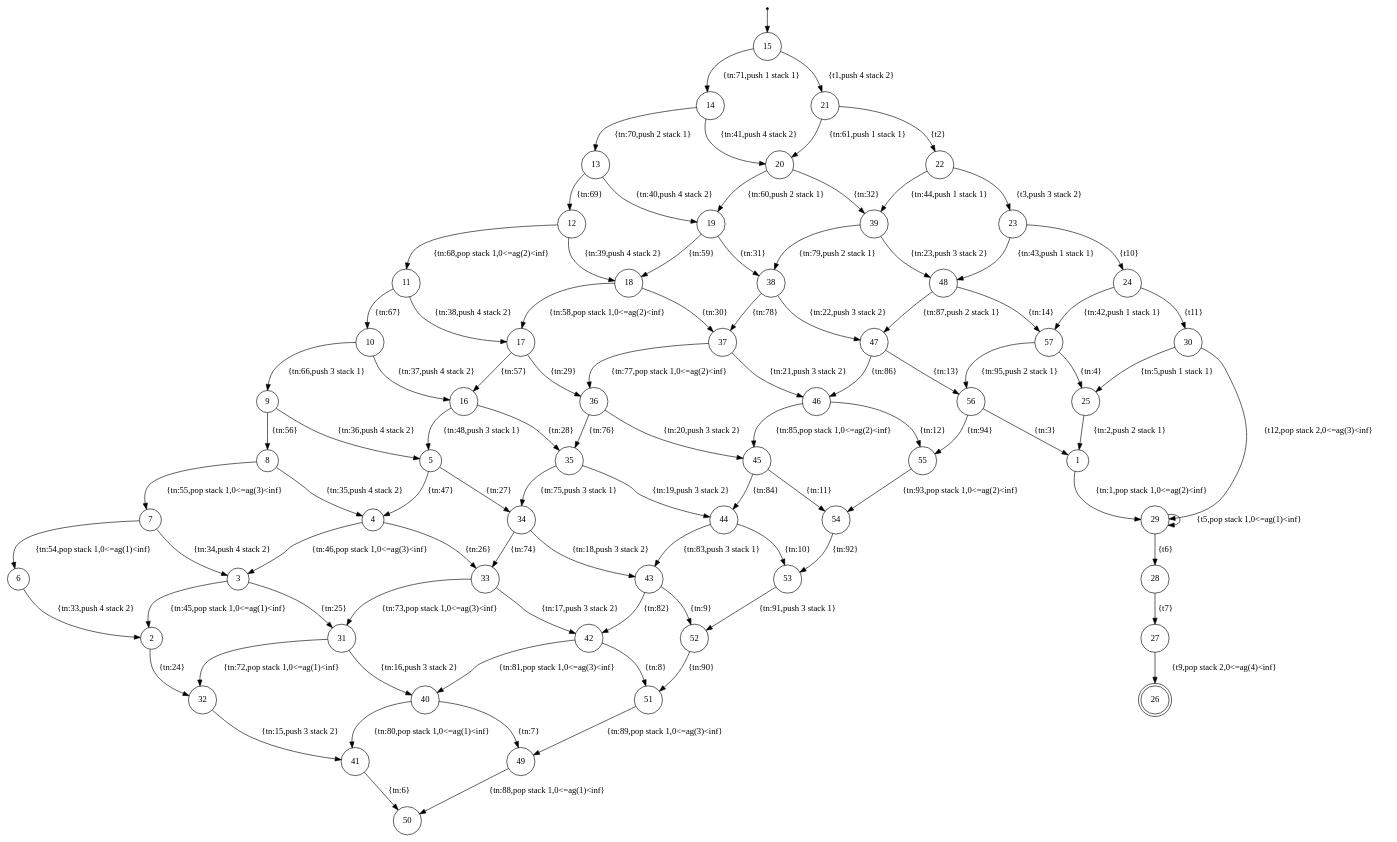
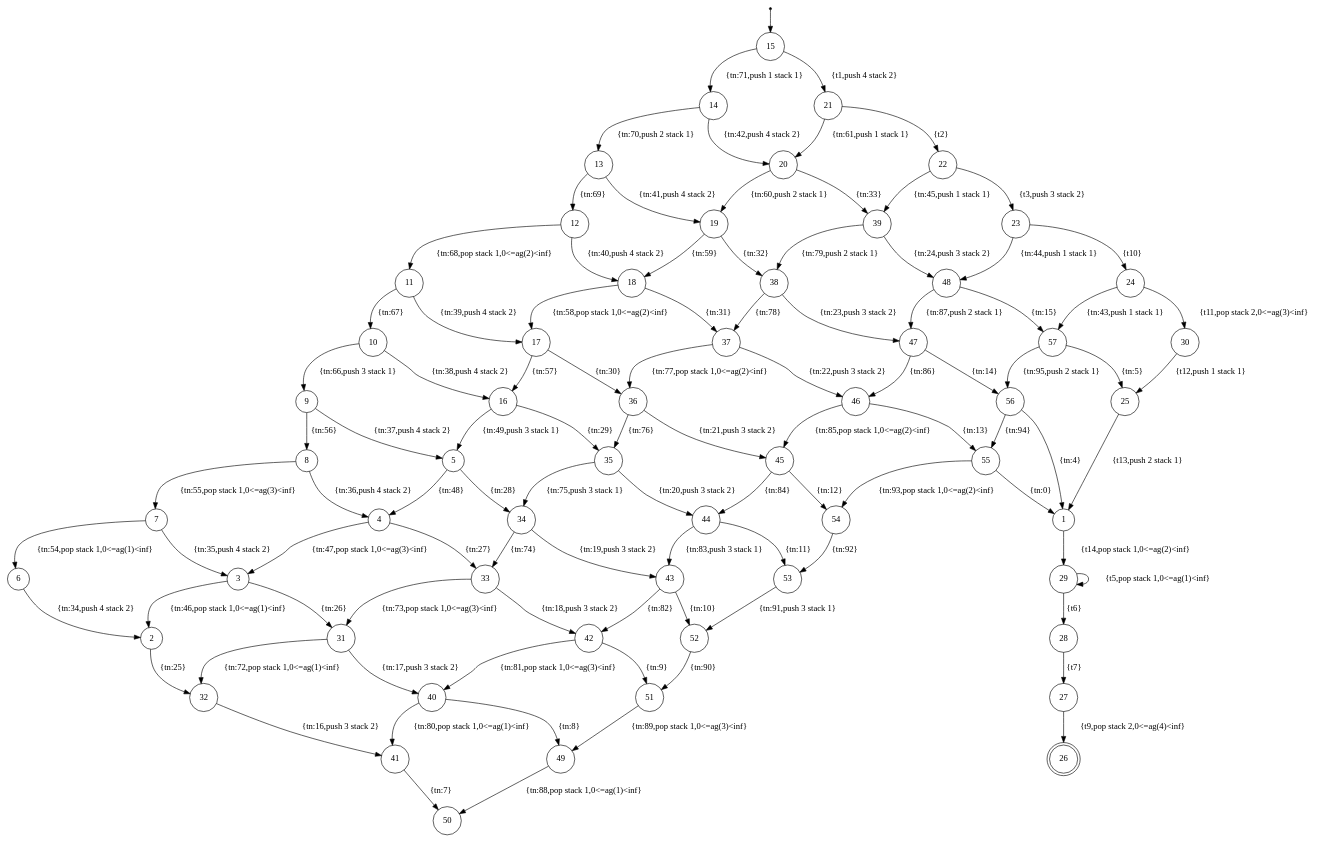
The diagram in Benchmarks in Paper/unTimed/Bluetooth/Bluetooth.xml.dot (Sparsa/bhim), drawn with Graphviz before and after one commit. The commit also changed 3 other files, not shown here.

```diff
--- a/Benchmarks in Paper/unTimed/Bluetooth/Bluetooth.xml.dot
+++ b/Benchmarks in Paper/unTimed/Bluetooth/Bluetooth.xml.dot
@@ -1,102 +1,102 @@
 digraph finite_state_machine {
 	node [shape = point ]; qi0;
 	node [shape = doublecircle];26;
 	node [shape=circle];
 	qi0 -> 15;
+	55 -> 1 [ label = "{tn:0}" ];
 	29 -> 29 [ label = "{t5,pop stack 1,0<=ag(1)<inf}" ];
-	1 -> 29 [ label = "{tn:1,pop stack 1,0<=ag(2)<inf}" ];
-	25 -> 1 [ label = "{tn:2,push 2 stack 1}" ];
-	56 -> 1 [ label = "{tn:3}" ];
-	57 -> 25 [ label = "{tn:4}" ];
-	30 -> 25 [ label = "{tn:5,push 1 stack 1}" ];
-	41 -> 50 [ label = "{tn:6}" ];
-	40 -> 49 [ label = "{tn:7}" ];
-	42 -> 51 [ label = "{tn:8}" ];
-	43 -> 52 [ label = "{tn:9}" ];
-	44 -> 53 [ label = "{tn:10}" ];
-	45 -> 54 [ label = "{tn:11}" ];
-	46 -> 55 [ label = "{tn:12}" ];
-	47 -> 56 [ label = "{tn:13}" ];
-	48 -> 57 [ label = "{tn:14}" ];
-	32 -> 41 [ label = "{tn:15,push 3 stack 2}" ];
-	31 -> 40 [ label = "{tn:16,push 3 stack 2}" ];
-	33 -> 42 [ label = "{tn:17,push 3 stack 2}" ];
-	34 -> 43 [ label = "{tn:18,push 3 stack 2}" ];
-	35 -> 44 [ label = "{tn:19,push 3 stack 2}" ];
-	36 -> 45 [ label = "{tn:20,push 3 stack 2}" ];
-	37 -> 46 [ label = "{tn:21,push 3 stack 2}" ];
-	38 -> 47 [ label = "{tn:22,push 3 stack 2}" ];
-	39 -> 48 [ label = "{tn:23,push 3 stack 2}" ];
-	2 -> 32 [ label = "{tn:24}" ];
-	3 -> 31 [ label = "{tn:25}" ];
-	4 -> 33 [ label = "{tn:26}" ];
-	5 -> 34 [ label = "{tn:27}" ];
-	16 -> 35 [ label = "{tn:28}" ];
-	17 -> 36 [ label = "{tn:29}" ];
-	18 -> 37 [ label = "{tn:30}" ];
-	19 -> 38 [ label = "{tn:31}" ];
-	20 -> 39 [ label = "{tn:32}" ];
-	6 -> 2 [ label = "{tn:33,push 4 stack 2}" ];
-	7 -> 3 [ label = "{tn:34,push 4 stack 2}" ];
-	8 -> 4 [ label = "{tn:35,push 4 stack 2}" ];
-	9 -> 5 [ label = "{tn:36,push 4 stack 2}" ];
-	10 -> 16 [ label = "{tn:37,push 4 stack 2}" ];
-	11 -> 17 [ label = "{tn:38,push 4 stack 2}" ];
-	12 -> 18 [ label = "{tn:39,push 4 stack 2}" ];
-	13 -> 19 [ label = "{tn:40,push 4 stack 2}" ];
-	14 -> 20 [ label = "{tn:41,push 4 stack 2}" ];
-	24 -> 57 [ label = "{tn:42,push 1 stack 1}" ];
-	23 -> 48 [ label = "{tn:43,push 1 stack 1}" ];
-	22 -> 39 [ label = "{tn:44,push 1 stack 1}" ];
-	3 -> 2 [ label = "{tn:45,pop stack 1,0<=ag(1)<inf}" ];
-	4 -> 3 [ label = "{tn:46,pop stack 1,0<=ag(3)<inf}" ];
-	5 -> 4 [ label = "{tn:47}" ];
-	16 -> 5 [ label = "{tn:48,push 3 stack 1}" ];
+	1 -> 29 [ label = "{t14,pop stack 1,0<=ag(2)<inf}" ];
+	25 -> 1 [ label = "{t13,push 2 stack 1}" ];
+	56 -> 1 [ label = "{tn:4}" ];
+	57 -> 25 [ label = "{tn:5}" ];
+	30 -> 25 [ label = "{t12,push 1 stack 1}" ];
+	41 -> 50 [ label = "{tn:7}" ];
+	40 -> 49 [ label = "{tn:8}" ];
+	42 -> 51 [ label = "{tn:9}" ];
+	43 -> 52 [ label = "{tn:10}" ];
+	44 -> 53 [ label = "{tn:11}" ];
+	45 -> 54 [ label = "{tn:12}" ];
+	46 -> 55 [ label = "{tn:13}" ];
+	47 -> 56 [ label = "{tn:14}" ];
+	48 -> 57 [ label = "{tn:15}" ];
+	32 -> 41 [ label = "{tn:16,push 3 stack 2}" ];
+	31 -> 40 [ label = "{tn:17,push 3 stack 2}" ];
+	33 -> 42 [ label = "{tn:18,push 3 stack 2}" ];
+	34 -> 43 [ label = "{tn:19,push 3 stack 2}" ];
+	35 -> 44 [ label = "{tn:20,push 3 stack 2}" ];
+	36 -> 45 [ label = "{tn:21,push 3 stack 2}" ];
+	37 -> 46 [ label = "{tn:22,push 3 stack 2}" ];
+	38 -> 47 [ label = "{tn:23,push 3 stack 2}" ];
+	39 -> 48 [ label = "{tn:24,push 3 stack 2}" ];
+	2 -> 32 [ label = "{tn:25}" ];
+	3 -> 31 [ label = "{tn:26}" ];
+	4 -> 33 [ label = "{tn:27}" ];
+	5 -> 34 [ label = "{tn:28}" ];
+	16 -> 35 [ label = "{tn:29}" ];
+	17 -> 36 [ label = "{tn:30}" ];
+	18 -> 37 [ label = "{tn:31}" ];
+	19 -> 38 [ label = "{tn:32}" ];
+	20 -> 39 [ label = "{tn:33}" ];
+	6 -> 2 [ label = "{tn:34,push 4 stack 2}" ];
+	7 -> 3 [ label = "{tn:35,push 4 stack 2}" ];
+	8 -> 4 [ label = "{tn:36,push 4 stack 2}" ];
+	9 -> 5 [ label = "{tn:37,push 4 stack 2}" ];
+	10 -> 16 [ label = "{tn:38,push 4 stack 2}" ];
+	11 -> 17 [ label = "{tn:39,push 4 stack 2}" ];
+	12 -> 18 [ label = "{tn:40,push 4 stack 2}" ];
+	13 -> 19 [ label = "{tn:41,push 4 stack 2}" ];
+	14 -> 20 [ label = "{tn:42,push 4 stack 2}" ];
+	24 -> 57 [ label = "{tn:43,push 1 stack 1}" ];
+	23 -> 48 [ label = "{tn:44,push 1 stack 1}" ];
+	22 -> 39 [ label = "{tn:45,push 1 stack 1}" ];
+	3 -> 2 [ label = "{tn:46,pop stack 1,0<=ag(1)<inf}" ];
+	4 -> 3 [ label = "{tn:47,pop stack 1,0<=ag(3)<inf}" ];
+	5 -> 4 [ label = "{tn:48}" ];
+	16 -> 5 [ label = "{tn:49,push 3 stack 1}" ];
 	27 -> 26 [ label = "{t9,pop stack 2,0<=ag(4)<inf}" ];
 	28 -> 27 [ label = "{t7}" ];
 	29 -> 28 [ label = "{t6}" ];
-	30 -> 29 [ label = "{t12,pop stack 2,0<=ag(3)<inf}" ];
 	15 -> 21 [ label = "{t1,push 4 stack 2}" ];
 	7 -> 6 [ label = "{tn:54,pop stack 1,0<=ag(1)<inf}" ];
 	8 -> 7 [ label = "{tn:55,pop stack 1,0<=ag(3)<inf}" ];
 	9 -> 8 [ label = "{tn:56}" ];
 	17 -> 16 [ label = "{tn:57}" ];
 	18 -> 17 [ label = "{tn:58,pop stack 1,0<=ag(2)<inf}" ];
 	19 -> 18 [ label = "{tn:59}" ];
 	20 -> 19 [ label = "{tn:60,push 2 stack 1}" ];
 	21 -> 20 [ label = "{tn:61,push 1 stack 1}" ];
-	24 -> 30 [ label = "{t11}" ];
+	24 -> 30 [ label = "{t11,pop stack 2,0<=ag(3)<inf}" ];
 	23 -> 24 [ label = "{t10}" ];
 	22 -> 23 [ label = "{t3,push 3 stack 2}" ];
 	21 -> 22 [ label = "{t2}" ];
 	10 -> 9 [ label = "{tn:66,push 3 stack 1}" ];
 	11 -> 10 [ label = "{tn:67}" ];
 	12 -> 11 [ label = "{tn:68,pop stack 1,0<=ag(2)<inf}" ];
 	13 -> 12 [ label = "{tn:69}" ];
 	14 -> 13 [ label = "{tn:70,push 2 stack 1}" ];
 	15 -> 14 [ label = "{tn:71,push 1 stack 1}" ];
 	31 -> 32 [ label = "{tn:72,pop stack 1,0<=ag(1)<inf}" ];
 	33 -> 31 [ label = "{tn:73,pop stack 1,0<=ag(3)<inf}" ];
 	34 -> 33 [ label = "{tn:74}" ];
 	35 -> 34 [ label = "{tn:75,push 3 stack 1}" ];
 	36 -> 35 [ label = "{tn:76}" ];
 	37 -> 36 [ label = "{tn:77,pop stack 1,0<=ag(2)<inf}" ];
 	38 -> 37 [ label = "{tn:78}" ];
 	39 -> 38 [ label = "{tn:79,push 2 stack 1}" ];
 	40 -> 41 [ label = "{tn:80,pop stack 1,0<=ag(1)<inf}" ];
 	42 -> 40 [ label = "{tn:81,pop stack 1,0<=ag(3)<inf}" ];
 	43 -> 42 [ label = "{tn:82}" ];
 	44 -> 43 [ label = "{tn:83,push 3 stack 1}" ];
 	45 -> 44 [ label = "{tn:84}" ];
 	46 -> 45 [ label = "{tn:85,pop stack 1,0<=ag(2)<inf}" ];
 	47 -> 46 [ label = "{tn:86}" ];
 	48 -> 47 [ label = "{tn:87,push 2 stack 1}" ];
 	49 -> 50 [ label = "{tn:88,pop stack 1,0<=ag(1)<inf}" ];
 	51 -> 49 [ label = "{tn:89,pop stack 1,0<=ag(3)<inf}" ];
 	52 -> 51 [ label = "{tn:90}" ];
 	53 -> 52 [ label = "{tn:91,push 3 stack 1}" ];
 	54 -> 53 [ label = "{tn:92}" ];
 	55 -> 54 [ label = "{tn:93,pop stack 1,0<=ag(2)<inf}" ];
 	56 -> 55 [ label = "{tn:94}" ];
 	57 -> 56 [ label = "{tn:95,push 2 stack 1}" ];
 }
```
